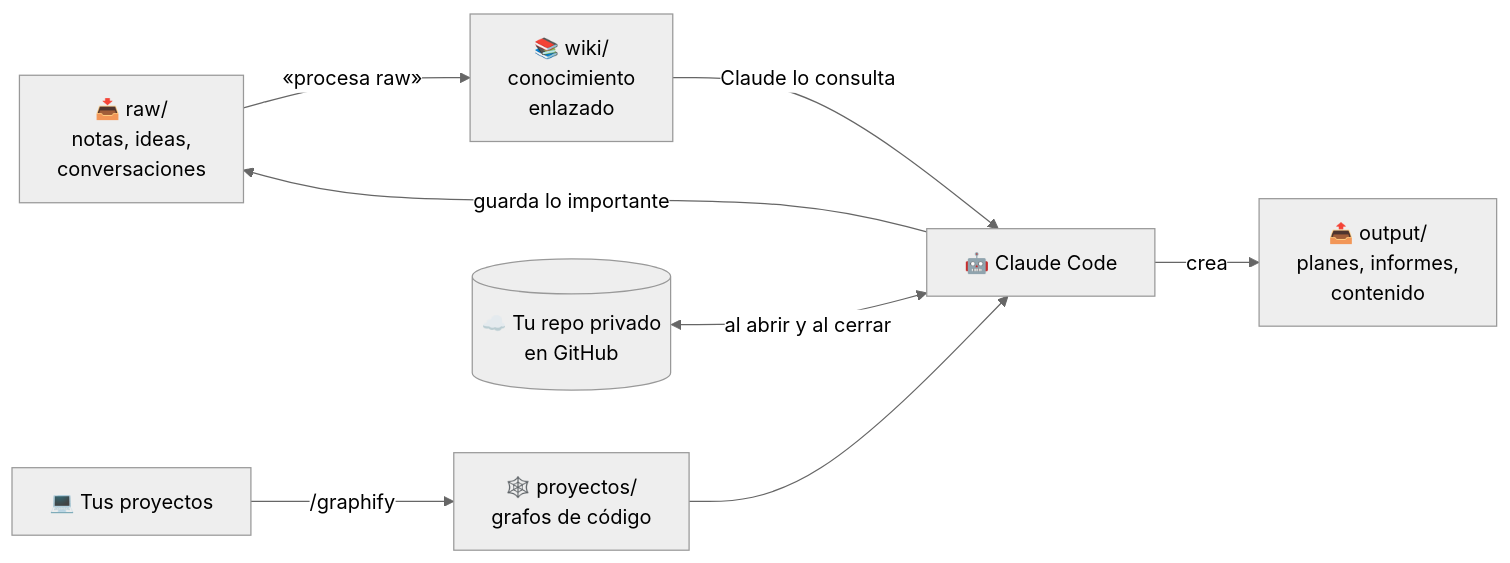
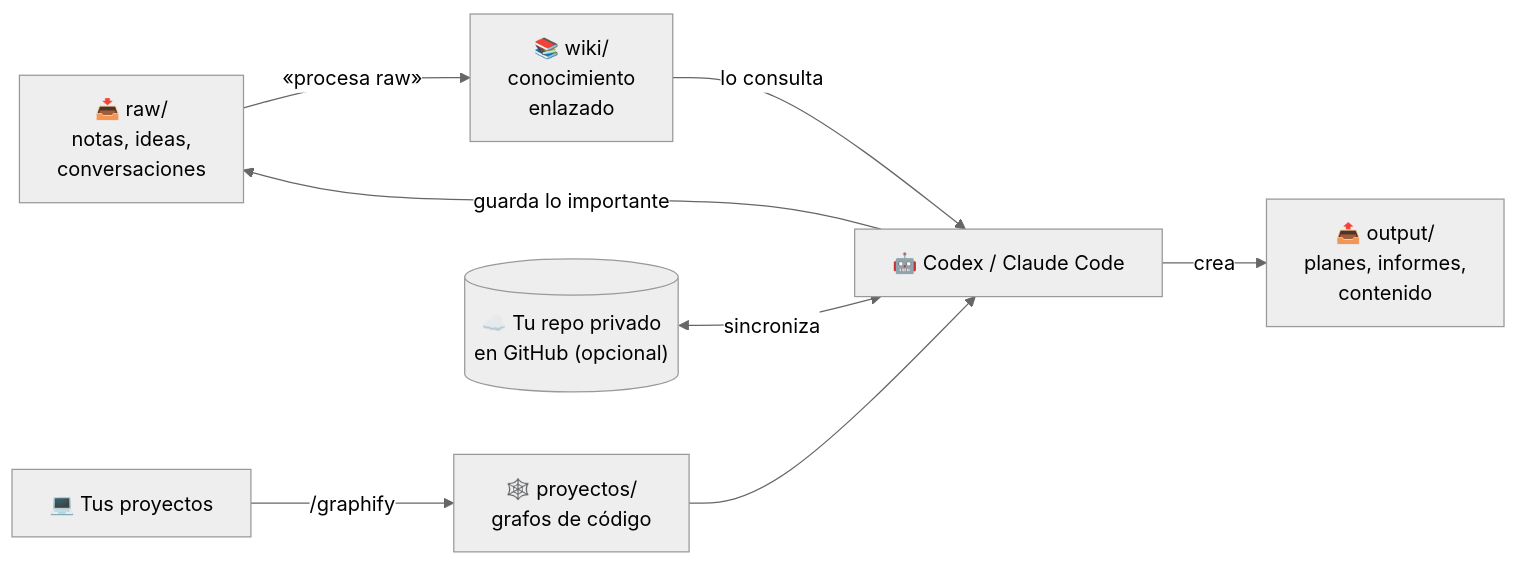
Before and after one commit to al3xbr4/segundo-cerebro-plantilla: the diagram in README.md, drawn with Mermaid (neutral theme). The commit also changed other lines of this file and 8 other files, not shown here.

Commit message:
Rutina diaria automática (Windows y Mac), SETUP neutral para Codex y Claude Code

````diff
--- a/README.md
+++ b/README.md
@@ -33,10 +35,10 @@
 ```mermaid
 flowchart LR
     A["📥 raw/<br/>notas, ideas,<br/>conversaciones"] -->|«procesa raw»| B["📚 wiki/<br/>conocimiento<br/>enlazado"]
-    B -->|Claude lo consulta| C["🤖 Claude Code"]
+    B -->|lo consulta| C["🤖 Codex / Claude Code"]
     C -->|guarda lo importante| A
     C -->|crea| D["📤 output/<br/>planes, informes,<br/>contenido"]
     E["💻 Tus proyectos"] -->|/graphify| F["🕸️ proyectos/<br/>grafos de código"]
     F --> C
-    G[("☁️ Tu repo privado<br/>en GitHub")] <-->|al abrir y al cerrar| C
+    G[("☁️ Tu repo privado<br/>en GitHub (opcional)")] <-->|sincroniza| C
 ```
````
